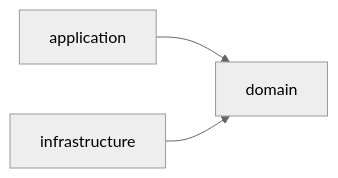
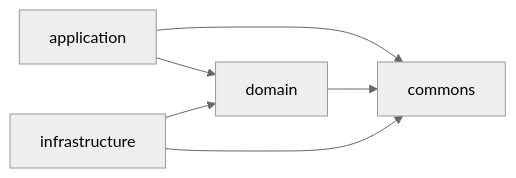
The diagram in server/CLAUDE.md (earelin/conxugal), drawn with Mermaid (neutral theme) before and after one commit. The commit also changed other lines of this file and 2 other files, not shown here.

First line of the commit message:
fix: accept ADR-0013 and tighten commons purity per review

````diff
--- a/server/CLAUDE.md
+++ b/server/CLAUDE.md
@@ -117,5 +118,8 @@
 ```mermaid
 flowchart LR
     application --> domain
     infrastructure --> domain
+    application --> commons
+    domain --> commons
+    infrastructure --> commons
 ```
````
